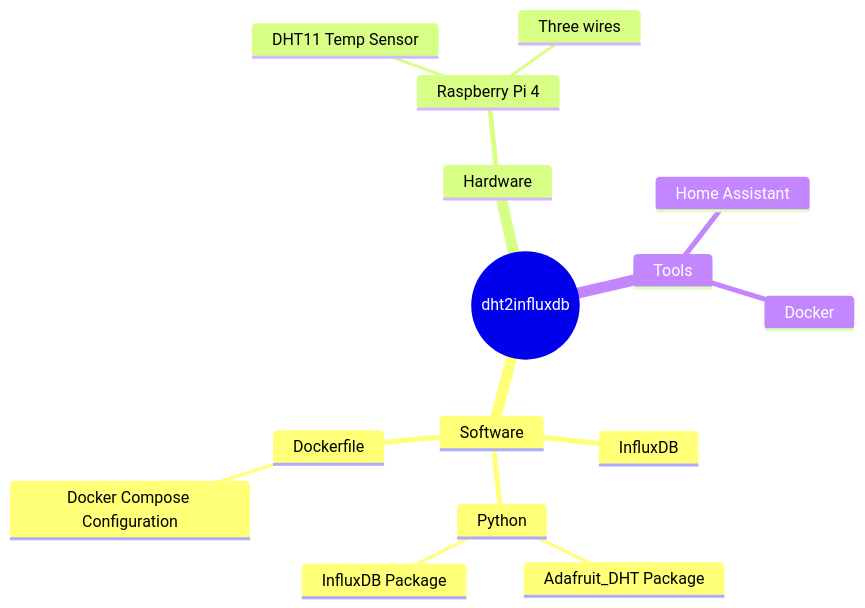
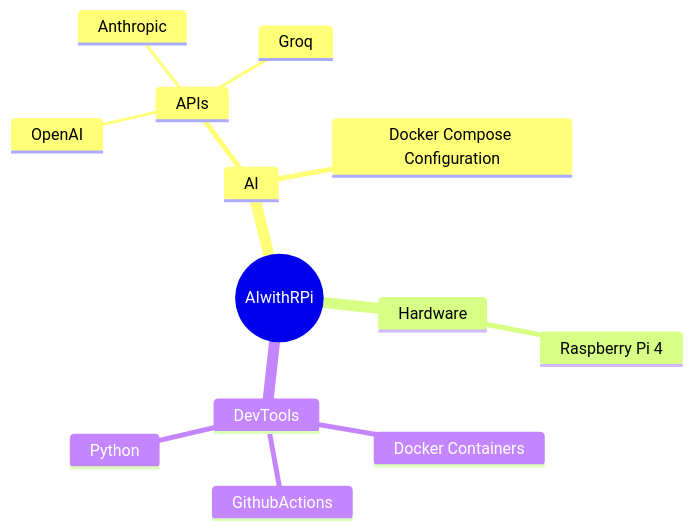
Before and after one commit to JAlcocerT/RPi: the diagram in _posts/2024-11-30-raspberry-ai-projects.md, drawn with Mermaid. The commit also changed other lines of this file, not shown here.

Commit message:
corrected ai mindmap

````diff
--- a/_posts/2024-11-30-raspberry-ai-projects.md
+++ b/_posts/2024-11-30-raspberry-ai-projects.md
@@ -32,21 +32,21 @@
 ```mermaid
 mindmap
-  root((dht2influxdb))
-    Software
-      InfluxDB
-      ::icon(fas fa-database)
+  root((AIwithRPi))
+    AI
+      APIs
+      ::icon(fas fa-robot)
+        OpenAI
+        Anthropic
+        Groq
+      Docker Compose Configuration
+    Hardware
+      Raspberry Pi 4
+        ::icon(fab fa-raspberry-pi)
+    DevTools
       Python
       ::icon(fab fa-python)
-        Adafruit_DHT Package
-        InfluxDB Package
-      Dockerfile
-        Docker Compose Configuration
-    Hardware
-      Raspberry Pi 4
-        DHT11 Temp Sensor
-        ::icon(fas fa-thermometer-three-quarters)
-        Three wires
-    Tools
-      Home Assistant
-      Docker
+      Docker Containers
+      ::icon(fab fa-docker)
+      GithubActions
+      ::icon(fas fa-code-branch)
 ```
````
